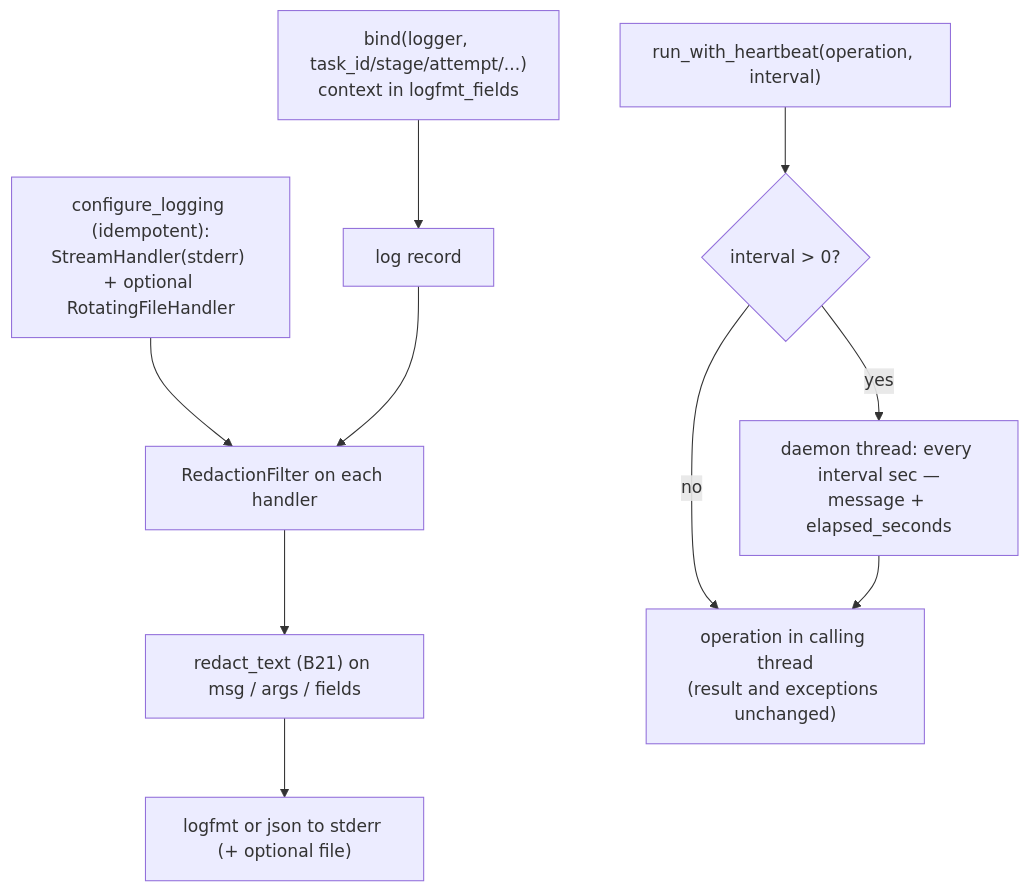
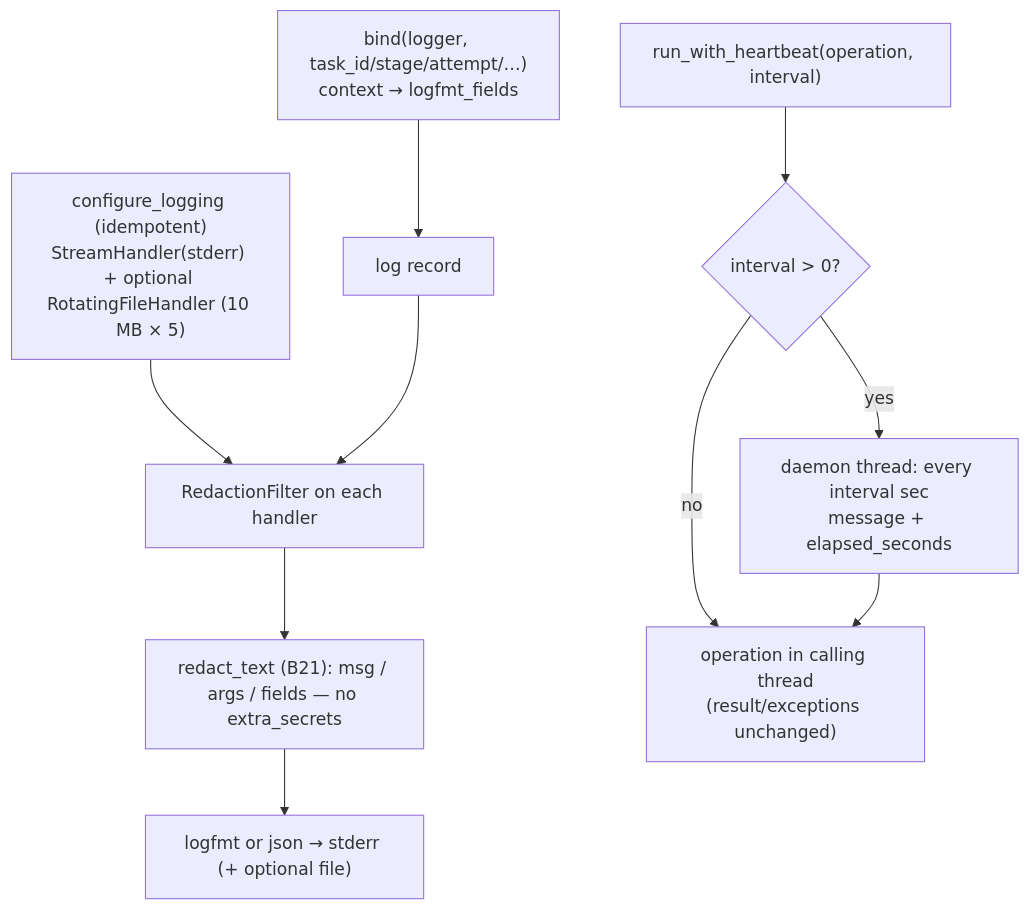
One commit to VladimirMakarevich/wastech-orchestrator changed the diagram in docs/functional/blocks/B27-observability.md. Above: the diagram before and after it, drawn with Mermaid. The commit also changed other lines of this file and 39 other files, not shown here.

First line of the commit message:
docs: Add detailed documentation for new flows and components

````diff
--- a/docs/functional/blocks/B27-observability.md
+++ b/docs/functional/blocks/B27-observability.md
@@ -46,12 +69,11 @@
 ```mermaid
 flowchart TB
-    cfg["configure_logging (idempotent):<br/>StreamHandler(stderr) + optional RotatingFileHandler"] --> filt["RedactionFilter on each handler"]
-    bind["bind(logger, task_id/stage/attempt/...)<br/>context in logfmt_fields"] --> rec["log record"]
+    cfg["configure_logging (idempotent)<br/>StreamHandler(stderr) + optional RotatingFileHandler (10 MB × 5)"] --> filt["RedactionFilter on each handler"]
+    bind["bind(logger, task_id/stage/attempt/…)<br/>context → logfmt_fields"] --> rec["log record"]
     rec --> filt
-    filt --> redact["redact_text (B21) on msg / args / fields"]
-    redact --> out["logfmt or json to stderr (+ optional file)"]
+    filt --> redact["redact_text (B21): msg / args / fields — no extra_secrets"]
+    redact --> out["logfmt or json → stderr (+ optional file)"]
     hb["run_with_heartbeat(operation, interval)"] --> hbt{"interval > 0?"}
-    hbt -->|yes| thread["daemon thread: every interval sec —<br/>message + elapsed_seconds"]
-    hbt -->|no| op["operation in calling thread<br/>(result and exceptions unchanged)"]
-    thread --> op
+    hbt -->|no| op["operation in calling thread<br/>(result/exceptions unchanged)"]
+    hbt -->|yes| thread["daemon thread: every interval sec<br/>message + elapsed_seconds"] --> op
 ```
````
